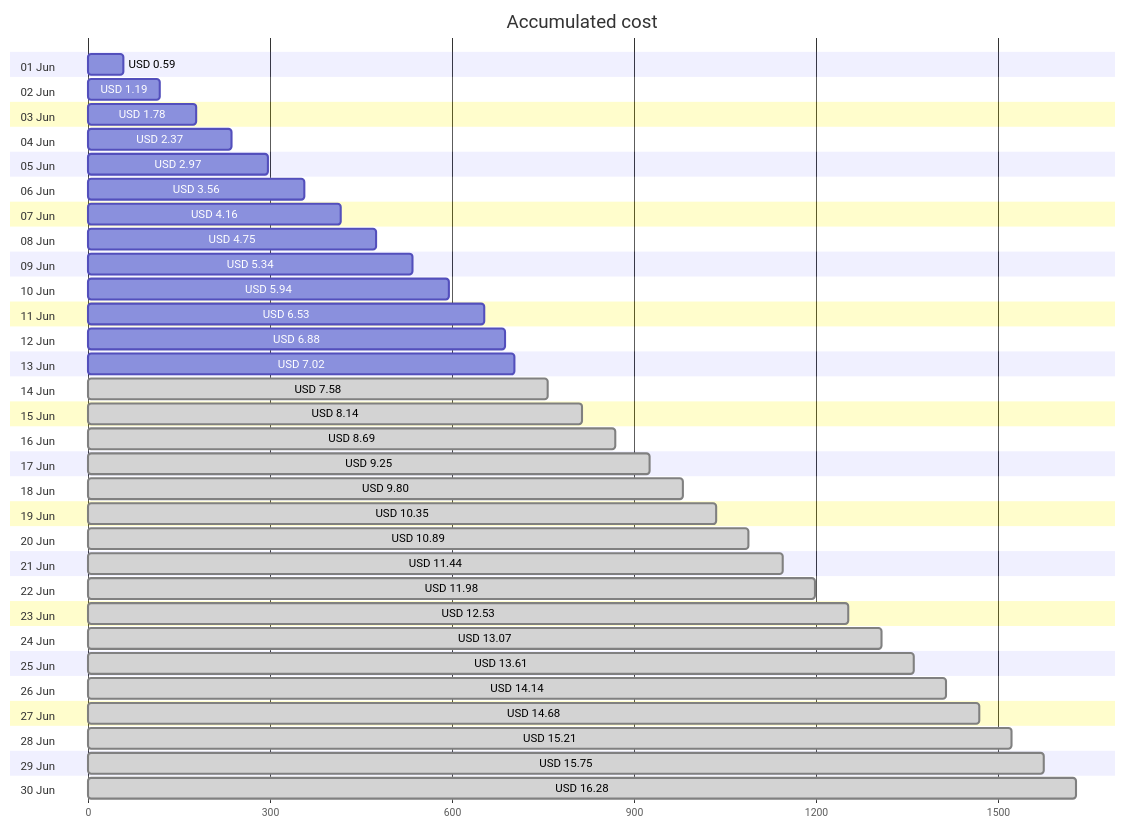
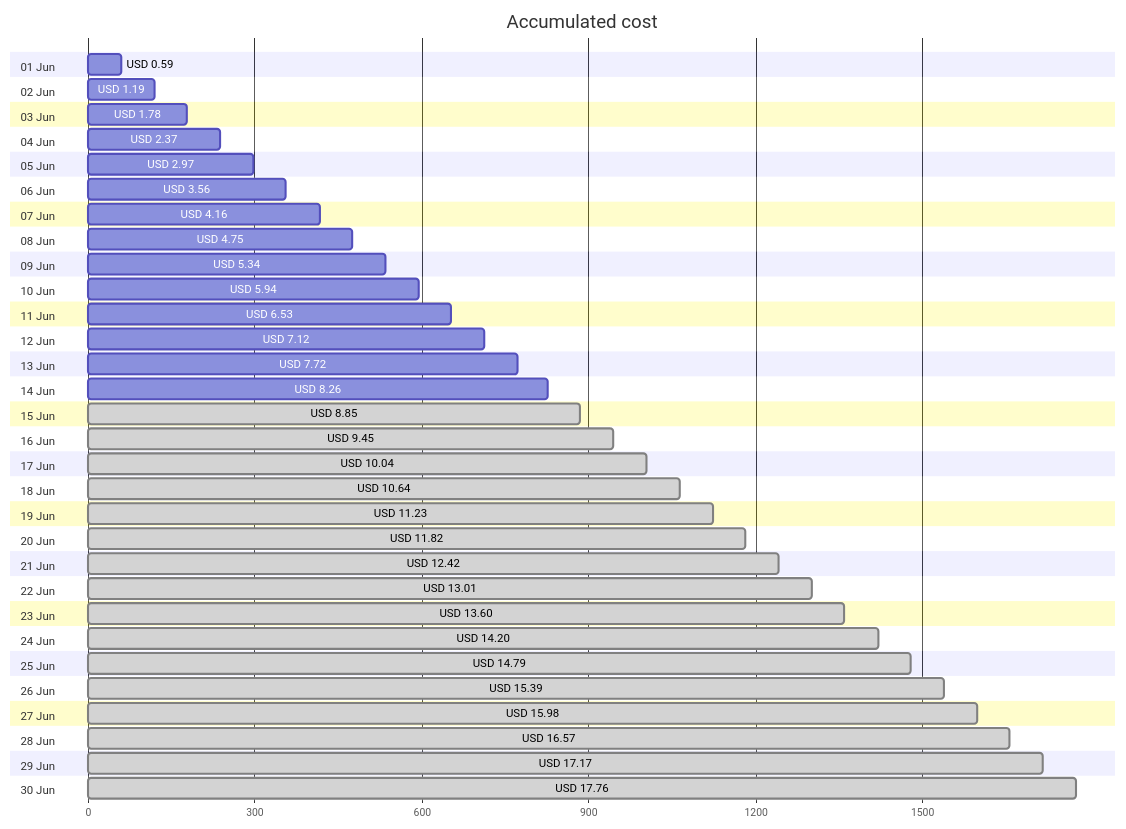
One commit to jpfulton/azure-personal-reports changed the first of 4 diagrams in cost-reports/personal-site/README.md. Above: the diagram before and after it, drawn with Mermaid. The commit also changed other lines of this file and 6 other files, not shown here.

````diff
--- a/cost-reports/personal-site/README.md
+++ b/cost-reports/personal-site/README.md
@@ -20,66 +20,66 @@
 ```mermaid
 gantt
    title Accumulated cost
    dateFormat  X
    axisFormat %s
    section 01 Jun
    USD 0.59 :0, 59
    section 02 Jun
    USD 1.19 :0, 119
    section 03 Jun
    USD 1.78 :0, 178
    section 04 Jun
    USD 2.37 :0, 237
    section 05 Jun
    USD 2.97 :0, 297
    section 06 Jun
    USD 3.56 :0, 356
    section 07 Jun
    USD 4.16 :0, 416
    section 08 Jun
    USD 4.75 :0, 475
    section 09 Jun
    USD 5.34 :0, 534
    section 10 Jun
    USD 5.94 :0, 594
    section 11 Jun
    USD 6.53 :0, 653
    section 12 Jun
-   USD 6.88 :0, 688
+   USD 7.12 :0, 712
    section 13 Jun
-   USD 7.02 :0, 702
+   USD 7.72 :0, 772
    section 14 Jun
-   USD 7.58 : done, 0, 758
+   USD 8.26 :0, 826
    section 15 Jun
-   USD 8.14 : done, 0, 814
+   USD 8.85 : done, 0, 885
    section 16 Jun
-   USD 8.69 : done, 0, 869
+   USD 9.45 : done, 0, 945
    section 17 Jun
-   USD 9.25 : done, 0, 925
+   USD 10.04 : done, 0, 1004
    section 18 Jun
-   USD 9.80 : done, 0, 980
+   USD 10.64 : done, 0, 1064
    section 19 Jun
-   USD 10.35 : done, 0, 1035
+   USD 11.23 : done, 0, 1123
    section 20 Jun
-   USD 10.89 : done, 0, 1089
+   USD 11.82 : done, 0, 1182
    section 21 Jun
-   USD 11.44 : done, 0, 1144
+   USD 12.42 : done, 0, 1242
    section 22 Jun
-   USD 11.98 : done, 0, 1198
+   USD 13.01 : done, 0, 1301
    section 23 Jun
-   USD 12.53 : done, 0, 1253
+   USD 13.60 : done, 0, 1360
    section 24 Jun
-   USD 13.07 : done, 0, 1307
+   USD 14.20 : done, 0, 1420
    section 25 Jun
-   USD 13.61 : done, 0, 1361
+   USD 14.79 : done, 0, 1479
    section 26 Jun
-   USD 14.14 : done, 0, 1414
+   USD 15.39 : done, 0, 1539
    section 27 Jun
-   USD 14.68 : done, 0, 1468
+   USD 15.98 : done, 0, 1598
    section 28 Jun
-   USD 15.21 : done, 0, 1521
+   USD 16.57 : done, 0, 1657
    section 29 Jun
-   USD 15.75 : done, 0, 1575
+   USD 17.17 : done, 0, 1717
    section 30 Jun
-   USD 16.28 : done, 0, 1628
+   USD 17.76 : done, 0, 1776
 ```
````
